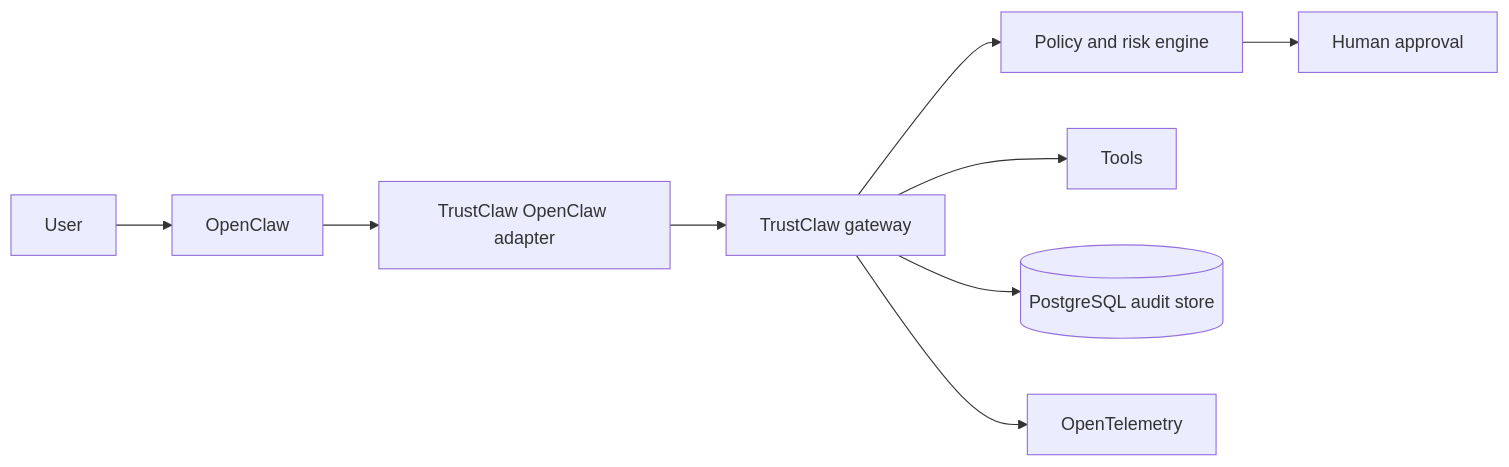
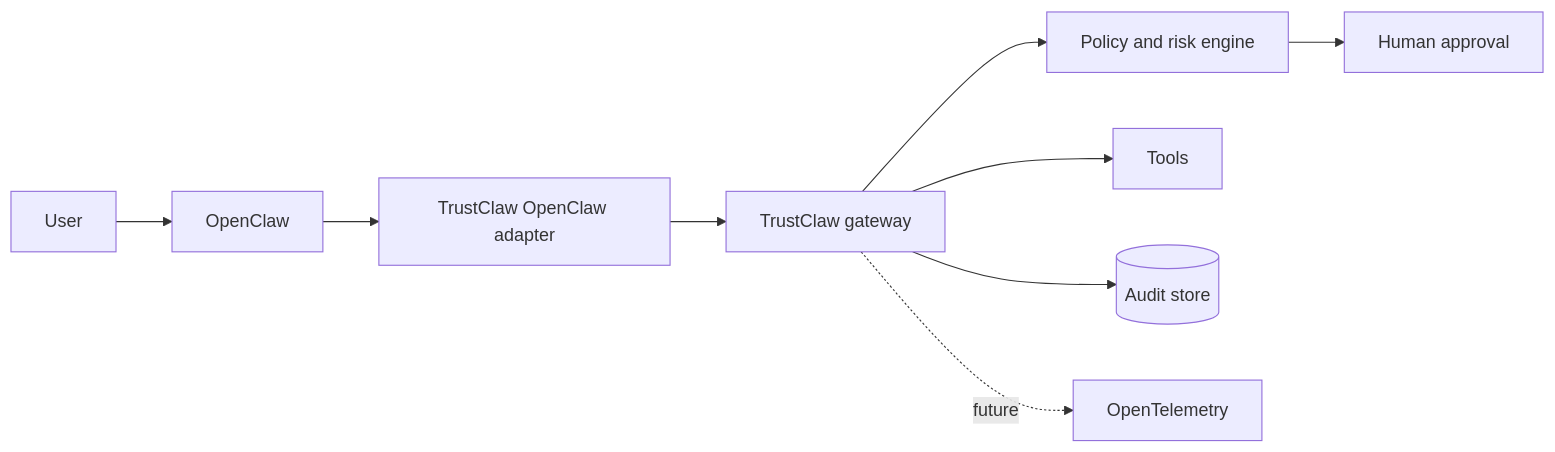
One commit to rioscesar/trustclaw changed the diagram in README.md. Above: the diagram before and after it, drawn with Mermaid. The commit also changed other lines of this file and 45 other files, not shown here.

````diff
--- a/README.md
+++ b/README.md
@@ -39,11 +39,11 @@
 ```mermaid
 flowchart LR
     User --> OpenClaw
     OpenClaw --> Adapter[TrustClaw OpenClaw adapter]
     Adapter --> Gateway[TrustClaw gateway]
     Gateway --> Policy[Policy and risk engine]
     Policy --> Approval[Human approval]
     Gateway --> Tools
-    Gateway --> Audit[(PostgreSQL audit store)]
-    Gateway --> OTel[OpenTelemetry]
+    Gateway --> Audit[(Audit store)]
+    Gateway -. future .-> OTel[OpenTelemetry]
 ```
````
